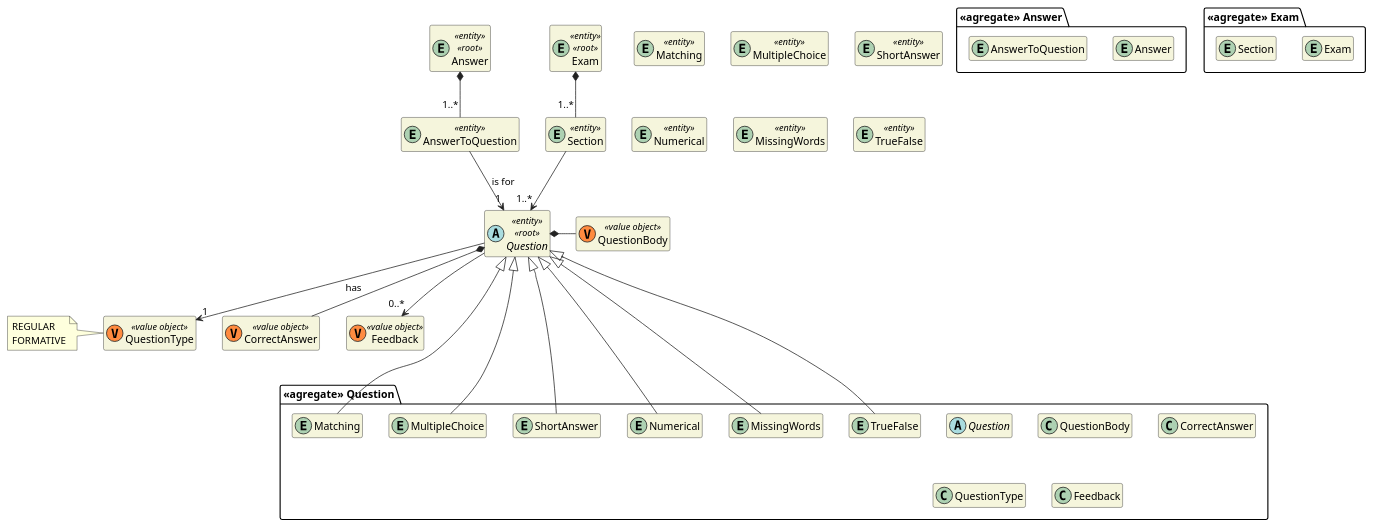
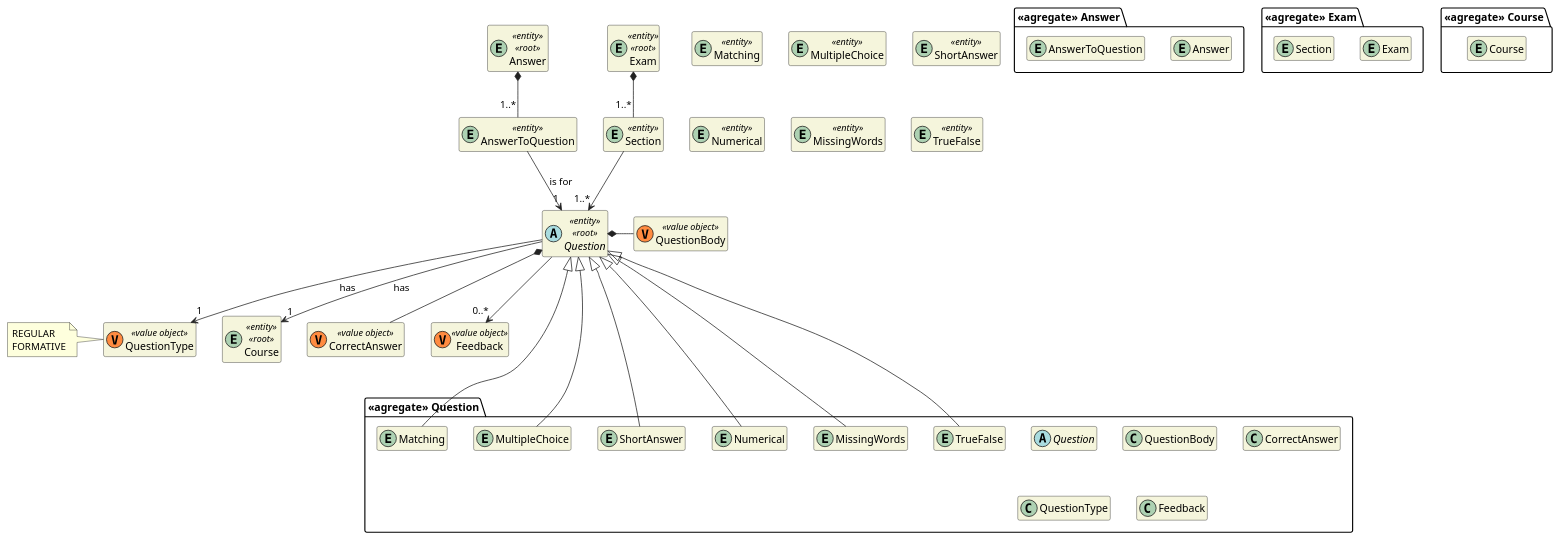
Before and after one commit to miseEnPlace-dev/lapr4: the diagram in docs/dm/DM_Question.puml, drawn with PlantUML. The commit also changed 14 other files, not shown here.

```diff
--- a/docs/dm/DM_Question.puml
+++ b/docs/dm/DM_Question.puml
@@ -1,82 +1,90 @@
 @startuml DM-EXAM
 'https://plantuml.com/class-diagram
 
 skinparam classAttributeIconSize 0
 hide empty attributes
 hide empty methods
 skinparam classBackgroundColor beige
 skinparam ArrowColor #222222
 
 
 package "<<agregate>> Question" {
   abstract Question
 
   class QuestionBody
   class CorrectAnswer
 
   abstract Question
   entity Matching
   entity MultipleChoice
   entity ShortAnswer
   entity Numerical
   entity MissingWords
   entity TrueFalse
 
   class QuestionType
   class Feedback
 }
 
 package "<<agregate>> Answer" {
   entity Answer
   entity AnswerToQuestion
 }
 
 abstract Question <<entity>> <<root>> {}
 entity Answer <<entity>> <<root>> {}
 entity AnswerToQuestion <<entity>> {}
 
 Answer *-- "1..*" AnswerToQuestion
 
 package "<<agregate>> Exam" {
   entity Exam
   entity Section
 }
 
+package "<<agregate>> Course" {
+  entity Course
+}
+
+entity Course <<entity>> <<root>> {}
+
 entity Exam <<entity>> <<root>> {}
 entity Section <<entity>> {}
 
 Exam *-- "1..*" Section
 Section --> "1..*" Question
 
 class QuestionBody <<(V,#FF8B40) value object>> {}
 class CorrectAnswer <<(V,#FF8B40) value object>> {}
 class QuestionType <<(V,#FF8B40) value object>> {}
 class Feedback <<(V,#FF8B40) value object>> {}
 
 note left of QuestionType
   REGULAR
   FORMATIVE
 end note
 
 Question *- QuestionBody
 Question *-- CorrectAnswer
 Question --> "1" QuestionType :has
 
 Question <|--- Matching
 Question <|--- MultipleChoice
 Question <|--- ShortAnswer
 Question <|--- Numerical
 Question <|--- MissingWords
 Question <|--- TrueFalse
 
+Question --> "1" Course : has
+
 entity Matching <<entity>> {}
 entity MultipleChoice <<entity>> {}
 entity ShortAnswer <<entity>> {}
 entity Numerical <<entity>> {}
 entity MissingWords <<entity>> {}
 entity TrueFalse <<entity>> {}
 
 AnswerToQuestion --> "1" Question : is for
 Question --> "0..*" Feedback
 
 @enduml
```
